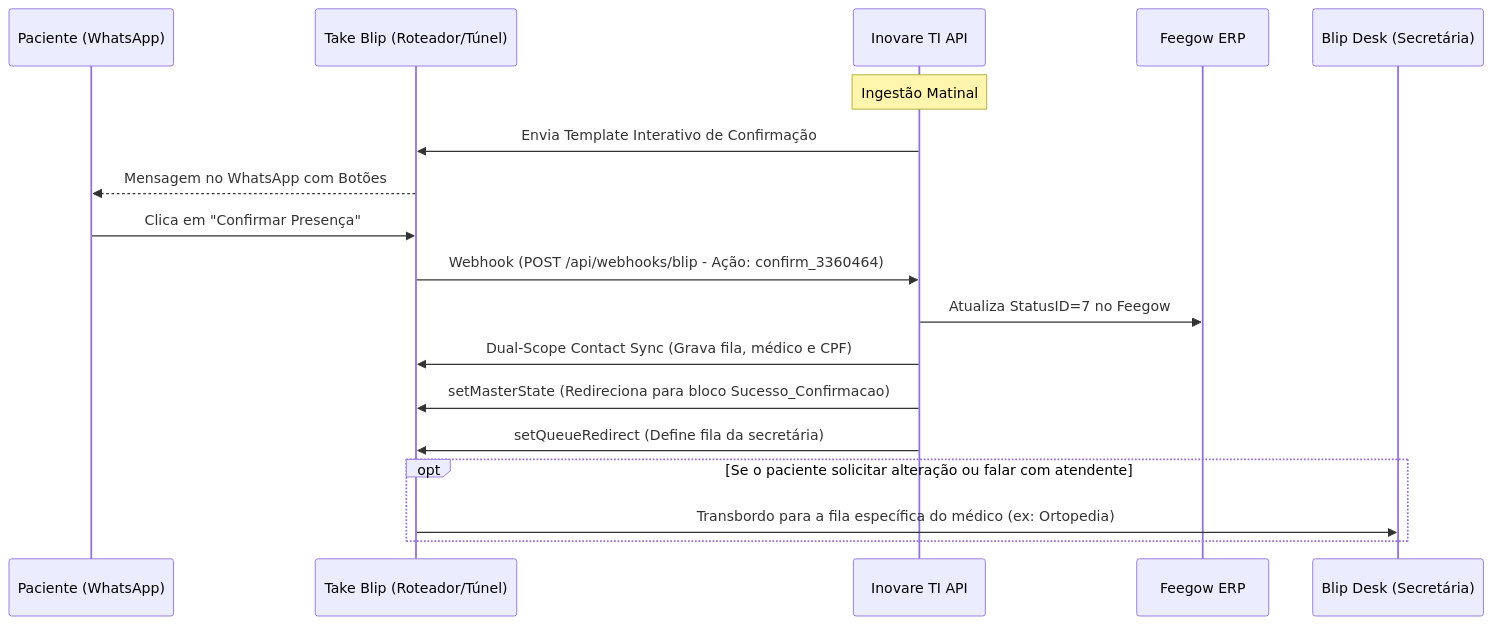
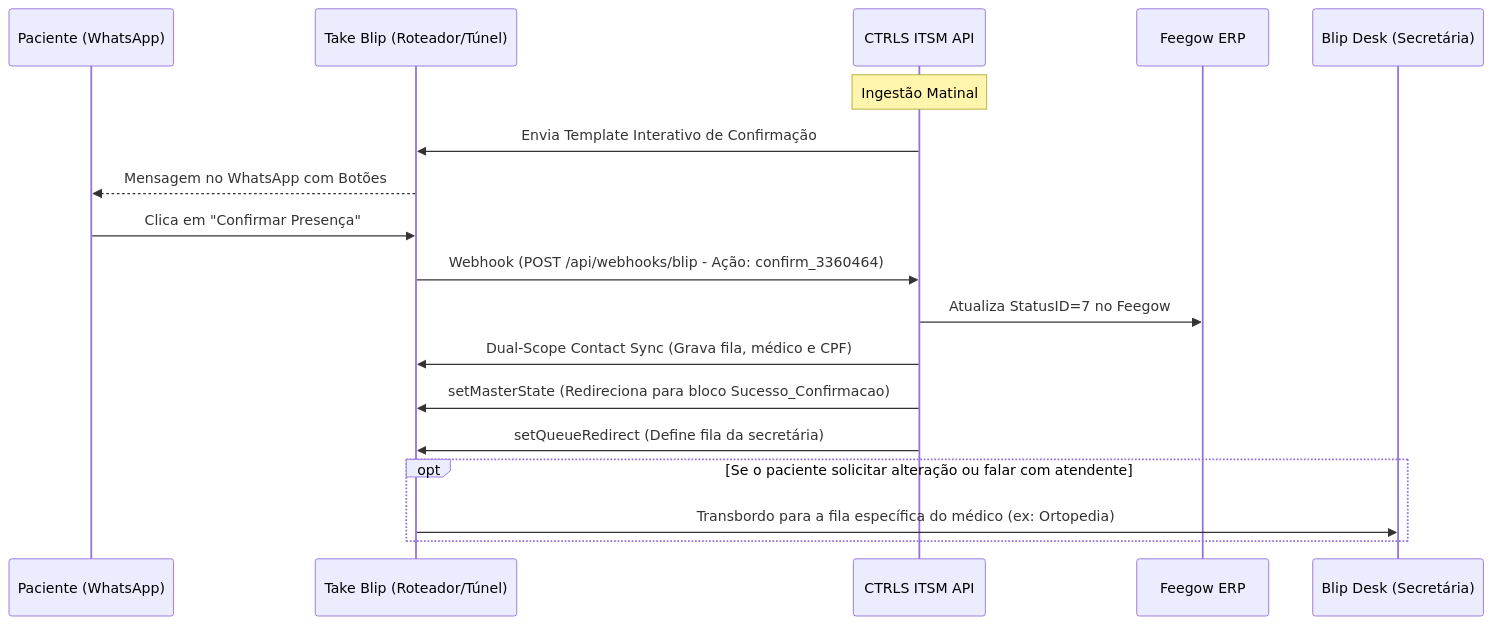
The diagram in docs/INTEGRATIONS.md (VictorGHss/CTRLS-ITSM), drawn with Mermaid before and after one commit. The commit also changed other lines of this file and 14 other files, not shown here.

Commit message:
docs(rebrand): update documentation, ops and dashboards to CTRLS-ITSM, preserving development report

````diff
--- a/docs/INTEGRATIONS.md
+++ b/docs/INTEGRATIONS.md
@@ -66,24 +66,24 @@
 ```mermaid
 sequenceDiagram
     participant P as Paciente (WhatsApp)
     participant B as Take Blip (Roteador/Túnel)
-    participant API as Inovare TI API
+    participant API as CTRLS ITSM API
     participant F as Feegow ERP
     participant D as Blip Desk (Secretária)
 
     Note over API: Ingestão Matinal
     API->>B: Envia Template Interativo de Confirmação
     B-->>P: Mensagem no WhatsApp com Botões
 
     P->>B: Clica em "Confirmar Presença"
     B->>API: Webhook (POST /api/webhooks/blip - Ação: confirm_3360464)
     
     API->>F: Atualiza StatusID=7 no Feegow
     API->>B: Dual-Scope Contact Sync (Grava fila, médico e CPF)
     API->>B: setMasterState (Redireciona para bloco Sucesso_Confirmacao)
     API->>B: setQueueRedirect (Define fila da secretária)
     
     opt Se o paciente solicitar alteração ou falar com atendente
         B->>D: Transbordo para a fila específica do médico (ex: Ortopedia)
     end
 ```
````
